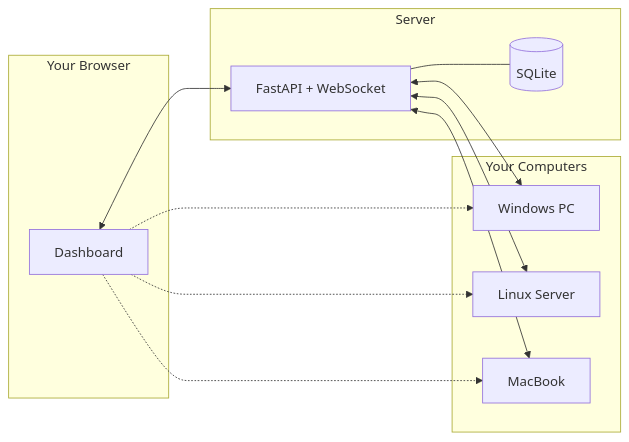
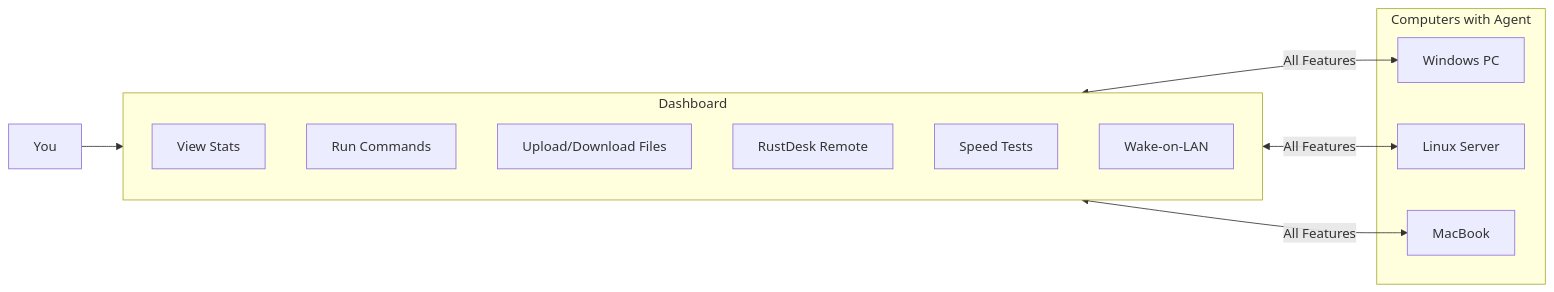
Before and after one commit to mitchhall16/helpwith.it: the first of 2 diagrams in README.md, drawn with Mermaid. The commit also changed other lines of this file, not shown here.

Commit message:
Update diagram to show all features clearly
- Dashboard shows: Stats, Commands, Files, RustDesk, Speed Tests, Wake-on-LAN
- All features connect to all computers
- Added feature table with descriptions

````diff
--- a/README.md
+++ b/README.md
@@ -9,26 +9,24 @@
 ```mermaid
 flowchart LR
-    subgraph Browser[Your Browser]
-        Dashboard[Dashboard]
+    You[You] --> Dashboard
+
+    subgraph Dashboard[Dashboard]
+        direction TB
+        Stats[View Stats]
+        Term[Run Commands]
+        Files[Upload/Download Files]
+        Remote[RustDesk Remote]
+        Speed[Speed Tests]
+        Wake[Wake-on-LAN]
     end
 
-    subgraph Server[Server]
-        API[FastAPI + WebSocket]
-        DB[(SQLite)]
-        API --- DB
-    end
-
-    subgraph Computers[Your Computers]
+    subgraph Agents[Computers with Agent]
         PC1[Windows PC]
         PC2[Linux Server]
         PC3[MacBook]
     end
 
-    Dashboard <--> API
-    API <--> PC1
-    API <--> PC2
-    API <--> PC3
-    Dashboard -.-> PC1
-    Dashboard -.-> PC2
-    Dashboard -.-> PC3
+    Dashboard <-->|All Features| PC1
+    Dashboard <-->|All Features| PC2
+    Dashboard <-->|All Features| PC3
 ```
````
